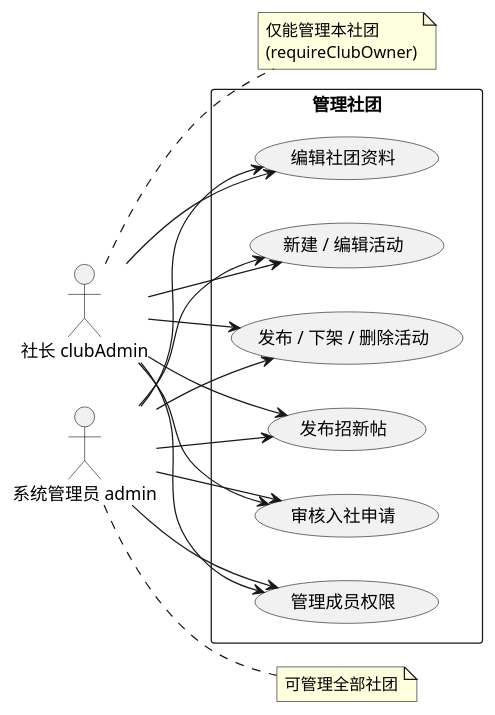
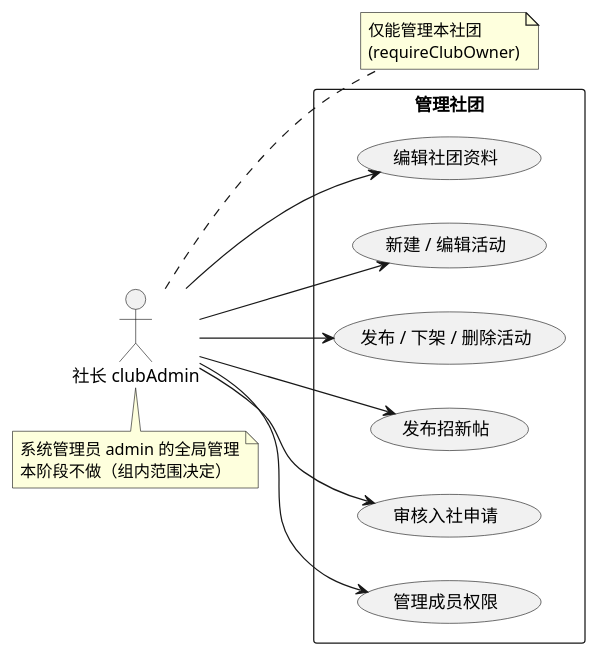
Before and after one commit to ddd-Deng/pku-club_manager: the second of 6 diagrams in docs/phase2-design.md, drawn with PlantUML. The commit also changed other lines of this file and 4 other files, not shown here.

````diff
--- a/docs/phase2-design.md
+++ b/docs/phase2-design.md
@@ -59,30 +59,23 @@
 ```plantuml
 @startuml
 left to right direction
 actor "社长 clubAdmin" as Admin
-actor "系统管理员 admin" as Sys
 
 rectangle "管理社团" {
   usecase "编辑社团资料" as UC1
   usecase "新建 / 编辑活动" as UC2
   usecase "发布 / 下架 / 删除活动" as UC3
   usecase "发布招新帖" as UC4
   usecase "审核入社申请" as UC5
   usecase "管理成员权限" as UC6
 }
 Admin --> UC1
 Admin --> UC2
 Admin --> UC3
 Admin --> UC4
 Admin --> UC5
 Admin --> UC6
-Sys --> UC1
-Sys --> UC2
-Sys --> UC3
-Sys --> UC4
-Sys --> UC5
-Sys --> UC6
 note right of Admin : 仅能管理本社团\n(requireClubOwner)
-note right of Sys : 可管理全部社团
+note bottom of Admin : 系统管理员 admin 的全局管理\n本阶段不做（组内范围决定）
 @enduml
 ```
````
